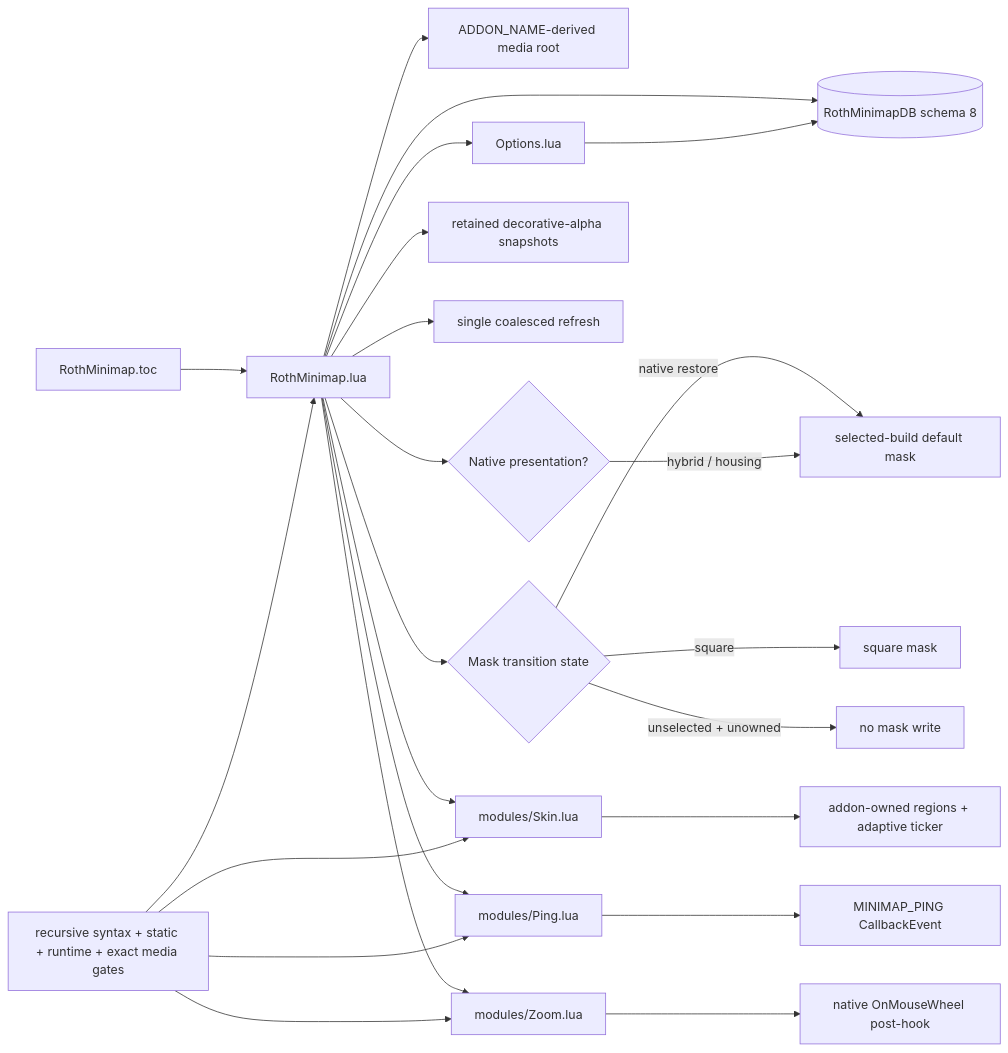
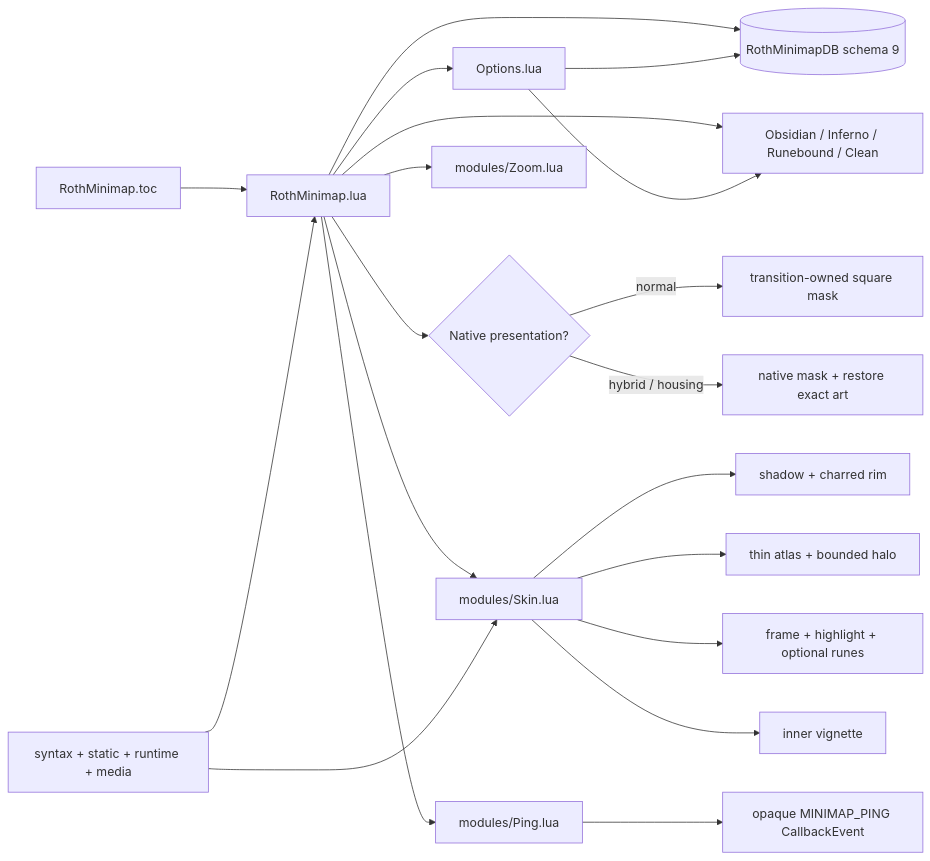
Before and after one commit to UnknownAlienHuman/roth-minimap: the diagram in CODE_GRAPH.md, drawn with Mermaid. The commit also changed other lines of this file and 17 other files, not shown here.

First line of the commit message:
design: introduce Obsidian Ember visual system

````diff
--- a/CODE_GRAPH.md
+++ b/CODE_GRAPH.md
@@ -3,26 +3,22 @@
 ```mermaid
 flowchart LR
   TOC["RothMinimap.toc"] --> CORE["RothMinimap.lua"]
-  CORE --> DB[("RothMinimapDB schema 8")]
-  CORE --> MEDIA["ADDON_NAME-derived media root"]
+  CORE --> DB[("RothMinimapDB schema 9")]
+  CORE --> PRESET["Obsidian / Inferno / Runebound / Clean"]
   CORE --> MODE{"Native presentation?"}
-  CORE --> MASKMODE{"Mask transition state"}
-  MASKMODE -->|square| MASK["square mask"]
-  MASKMODE -->|native restore| FALLBACK["selected-build default mask"]
-  MASKMODE -->|unselected + unowned| NOOP["no mask write"]
-  MODE -->|hybrid / housing| FALLBACK
-  CORE --> ALPHA["retained decorative-alpha snapshots"]
-  CORE --> QUEUE["single coalesced refresh"]
+  MODE -->|normal| MASK["transition-owned square mask"]
+  MODE -->|hybrid / housing| FALLBACK["native mask + restore exact art"]
   CORE --> SKIN["modules/Skin.lua"]
+  SKIN --> DEPTH["shadow + charred rim"]
+  SKIN --> EMBER["thin atlas + bounded halo"]
+  SKIN --> FRAME["frame + highlight + optional runes"]
+  SKIN --> VIGNETTE["inner vignette"]
   CORE --> PING["modules/Ping.lua"]
+  PING --> CALLBACK["opaque MINIMAP_PING CallbackEvent"]
   CORE --> ZOOM["modules/Zoom.lua"]
   CORE --> OPT["Options.lua"]
-  PING --> CALLBACK["MINIMAP_PING CallbackEvent"]
-  ZOOM --> WHEEL["native OnMouseWheel post-hook"]
-  SKIN --> OWNED["addon-owned regions + adaptive ticker"]
+  OPT --> PRESET
   OPT --> DB
-  TESTS["recursive syntax + static + runtime + exact media gates"] --> CORE
+  TESTS["syntax + static + runtime + media"] --> CORE
   TESTS --> SKIN
-  TESTS --> PING
-  TESTS --> ZOOM
 ```
````
